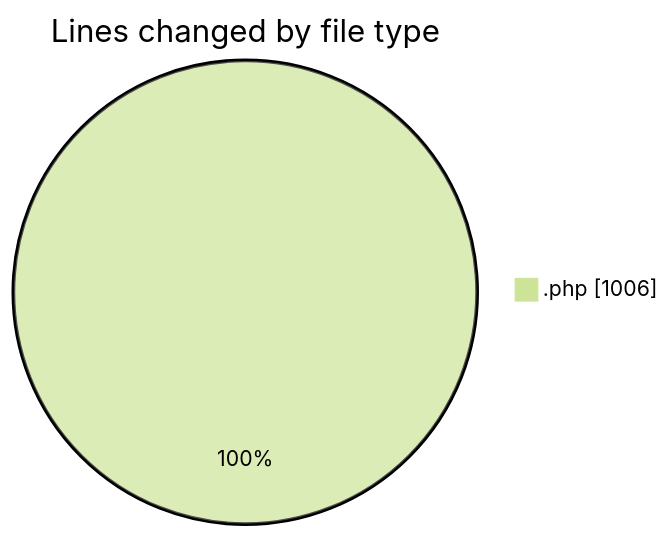
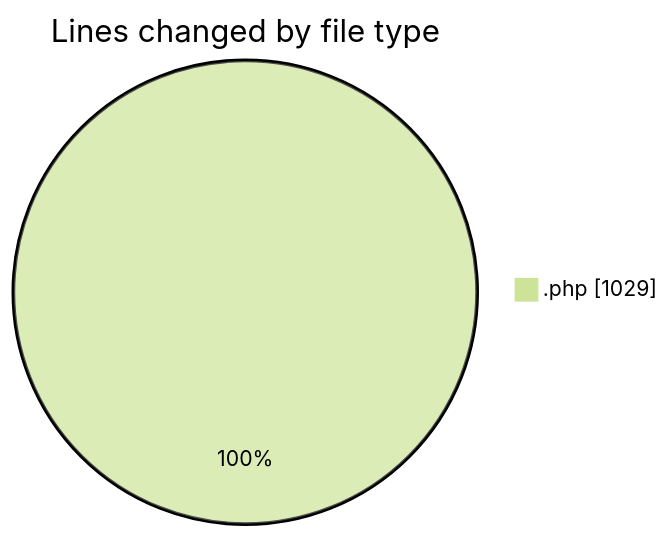
One commit to debugP/code-tracking changed the first of 2 diagrams in 2026-07-30/untitled__workspace_/README.md. Above: the diagram before and after it, drawn with Mermaid (forest theme). The commit also changed other lines of this file and 1 other file, not shown here.

````diff
--- a/2026-07-30/untitled__workspace_/README.md
+++ b/2026-07-30/untitled__workspace_/README.md
@@ -20,5 +20,5 @@
 ```mermaid
 pie showData
 title Lines changed by file type
-".php" : 1006
+".php" : 1029
 ```
````
